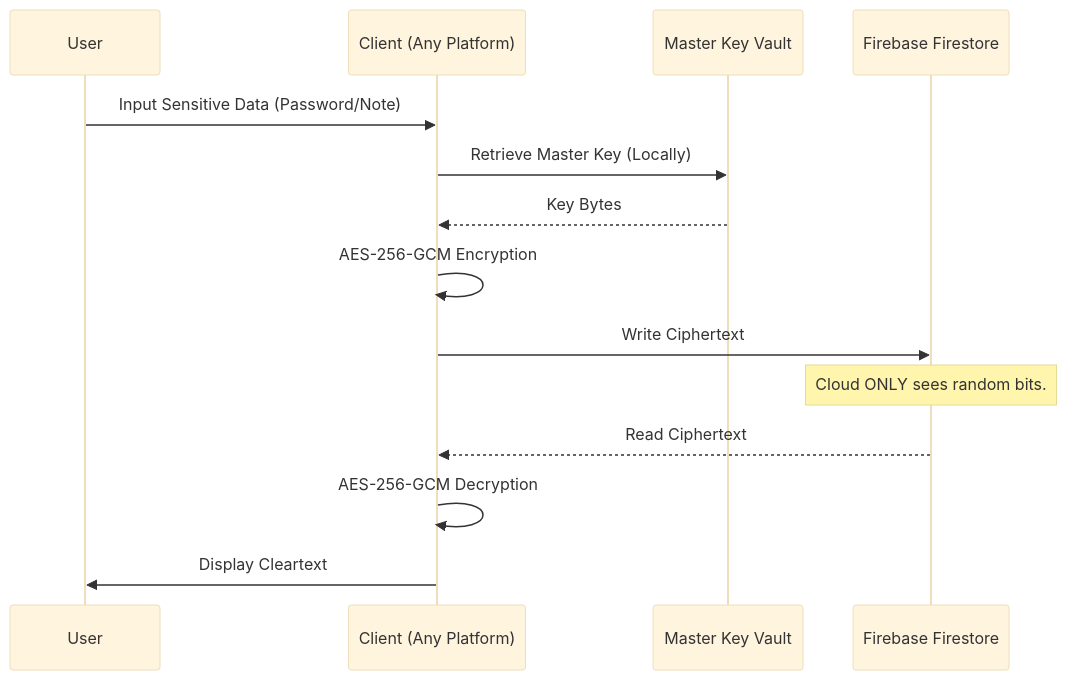
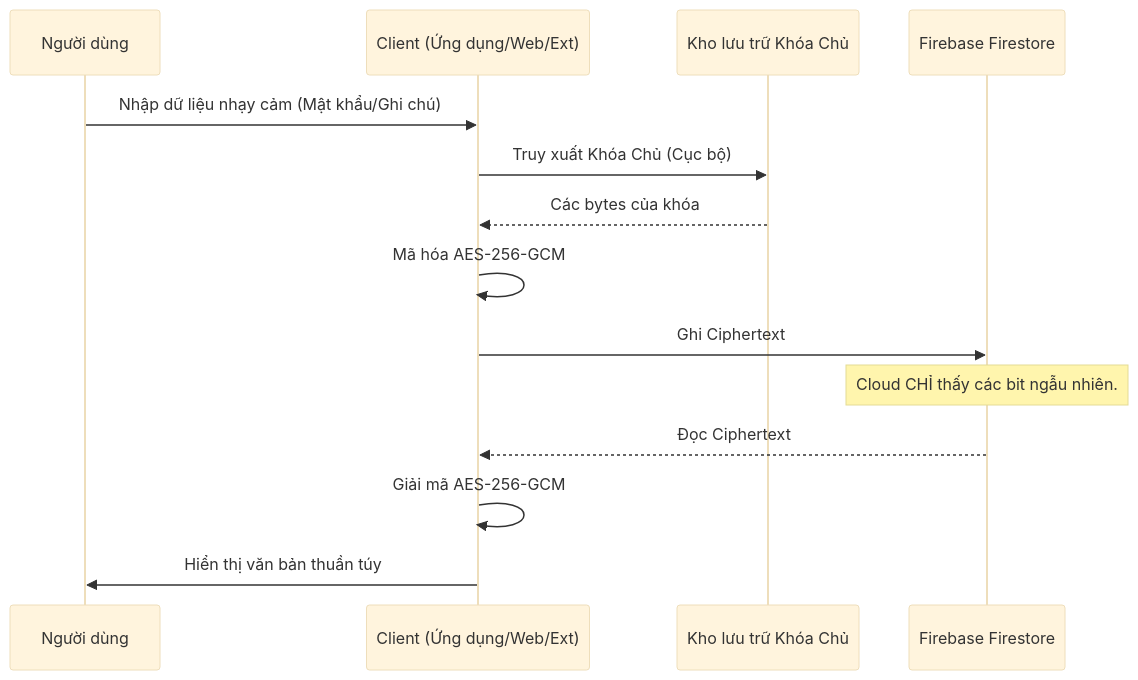
One commit to Hasaoxend/Lifehub changed the second of 2 diagrams in README.md. Above: the diagram before and after it, drawn with Mermaid (base theme). The commit also changed other lines of this file, not shown here.

````diff
--- a/README.md
+++ b/README.md
@@ -103,18 +103,18 @@
 ```mermaid
 sequenceDiagram
-    participant User
-    participant App as Client (Any Platform)
-    participant Key as Master Key Vault
+    participant User as Người dùng
+    participant App as Client (Ứng dụng/Web/Ext)
+    participant Key as Kho lưu trữ Khóa Chủ
     participant Cloud as Firebase Firestore
 
-    User->>App: Input Sensitive Data (Password/Note)
-    App->>Key: Retrieve Master Key (Locally)
-    Key-->>App: Key Bytes
-    App->>App: AES-256-GCM Encryption
-    App->>Cloud: Write Ciphertext
-    Note over Cloud: Cloud ONLY sees random bits.
+    User->>App: Nhập dữ liệu nhạy cảm (Mật khẩu/Ghi chú)
+    App->>Key: Truy xuất Khóa Chủ (Cục bộ)
+    Key-->>App: Các bytes của khóa
+    App->>App: Mã hóa AES-256-GCM
+    App->>Cloud: Ghi Ciphertext
+    Note over Cloud: Cloud CHỈ thấy các bit ngẫu nhiên.
     
-    Cloud-->>App: Read Ciphertext
-    App->>App: AES-256-GCM Decryption
-    App->>User: Display Cleartext
+    Cloud-->>App: Đọc Ciphertext
+    App->>App: Giải mã AES-256-GCM
+    App->>User: Hiển thị văn bản thuần túy
 ```
````
